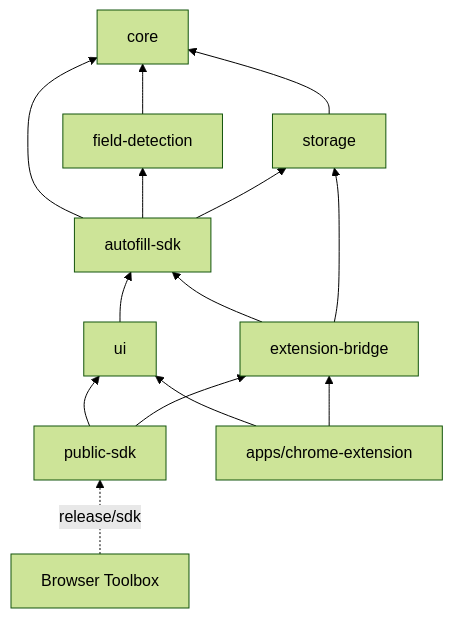
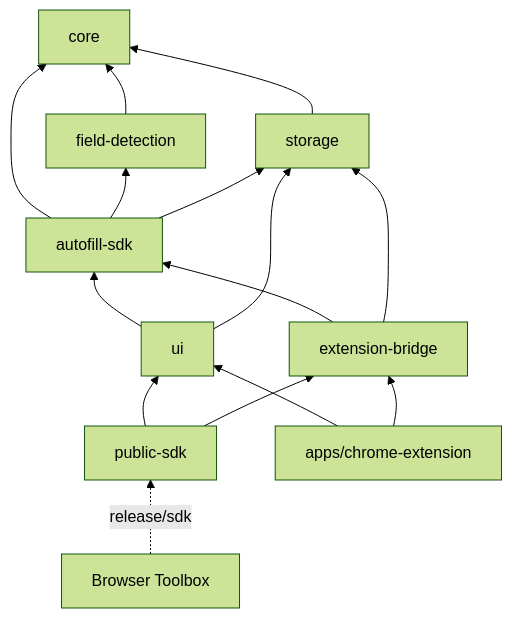
One commit to jayaprakash9603/auto-fill changed the first of 2 diagrams in docs/ARCHITECTURE.md. Above: the diagram before and after it, drawn with Mermaid (forest theme). The commit also changed other lines of this file and 55 other files, not shown here.

````diff
--- a/docs/ARCHITECTURE.md
+++ b/docs/ARCHITECTURE.md
@@ -33,17 +33,18 @@
 ```mermaid
 flowchart BT
   core
   detection[field-detection] --> core
   storage --> core
   autofillSdk[autofill-sdk] --> core
   autofillSdk --> detection
   autofillSdk --> storage
   bridge[extension-bridge] --> autofillSdk
   bridge --> storage
   ui --> autofillSdk
+  ui --> storage
   publicSdk[public-sdk] --> ui
   publicSdk --> bridge
   extension[apps/chrome-extension] --> ui
   extension --> bridge
   toolbox[Browser Toolbox] -. release/sdk .-> publicSdk
 ```
````
